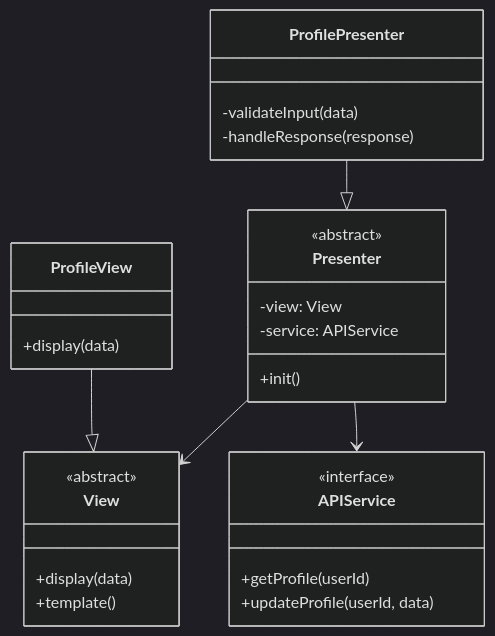
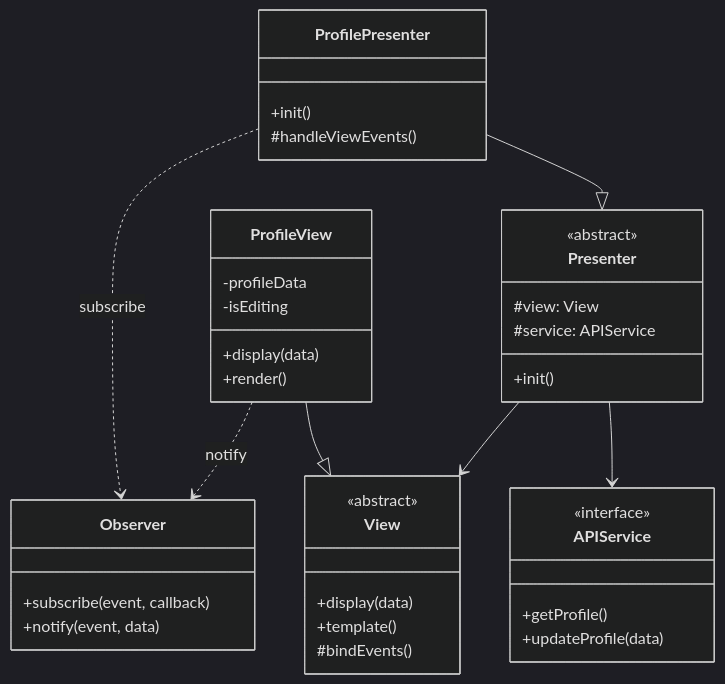
Before and after one commit to mb4dev/progetto-prova: the fourth of 7 diagrams in documentazione_v2/UC02.md, drawn with Mermaid (dark theme). The commit also changed other lines of this file and 4 other files, not shown here.

````diff
--- a/documentazione_v2/UC02.md
+++ b/documentazione_v2/UC02.md
@@ -74,35 +75,47 @@
 ``` mermaid 
 classDiagram
+    class Observer {
+        +subscribe(event, callback)
+        +notify(event, data)
+    }
+
     class View {
         <<abstract>>
         +display(data)
         +template()
+        #bindEvents()
     }
 
     class ProfileView {
+        -profileData
+        -isEditing
         +display(data)
+        +render()
     }
 
     class Presenter {
         <<abstract>>
-        -view: View
-        -service: APIService
+        #view: View
+        #service: APIService
         +init()
     }
 
     class ProfilePresenter {
-        -validateInput(data)
-        -handleResponse(response)
+        +init()
+        #handleViewEvents()
     }
 
     class APIService {
         <<interface>>
-        +getProfile(userId)
-        +updateProfile(userId, data)
+        +getProfile()
+        +updateProfile(data)
     }
 
     ProfileView --|> View
     ProfilePresenter --|> Presenter
     Presenter --> View
     Presenter --> APIService
+    
+    ProfilePresenter ..> Observer : subscribe
+    ProfileView ..> Observer : notify
 ```
````
